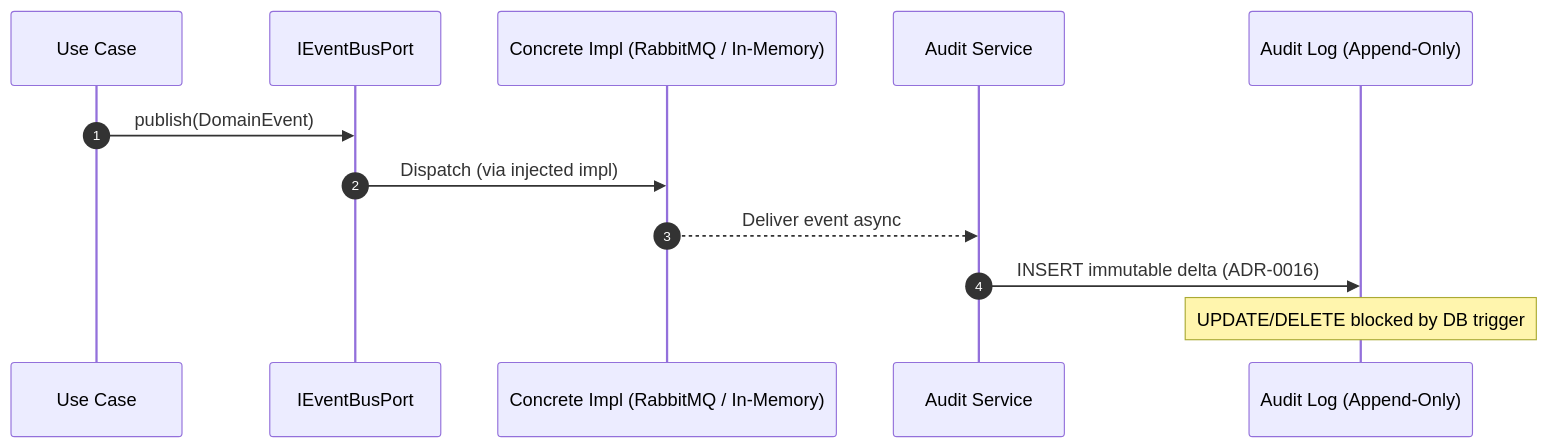
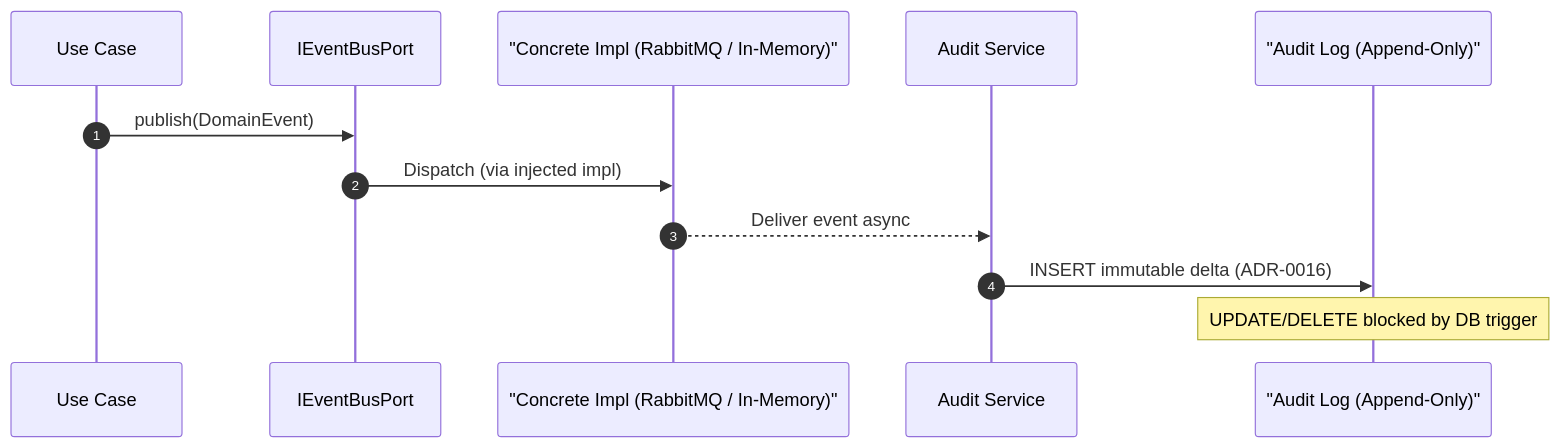
Before and after one commit to beyondnetcode/arc32_nodejs_progresive_monolith: the fourth of 6 diagrams in reference/architecture/blueprints/reference-blueprint.md, drawn with Mermaid. The commit also changed other lines of this file and 47 other files, not shown here.

Commit message:
docs: enforce markdown and diagram standards

````diff
--- a/reference/architecture/blueprints/reference-blueprint.md
+++ b/reference/architecture/blueprints/reference-blueprint.md
@@ -317,15 +317,15 @@
 ```mermaid
 sequenceDiagram
  autonumber
  participant UC as Use Case
  participant Port as IEventBusPort
- participant Bus as Concrete Impl (RabbitMQ / In-Memory)
+ participant Bus as "Concrete Impl (RabbitMQ / In-Memory)"
  participant AuditSvc as Audit Service
- participant AuditDB as Audit Log (Append-Only)
+ participant AuditDB as "Audit Log (Append-Only)"
 
  UC->>Port: publish(DomainEvent)
  Port->>Bus: Dispatch (via injected impl)
  Bus-->>AuditSvc: Deliver event async
  AuditSvc->>AuditDB: INSERT immutable delta (ADR-0016)
  Note over AuditDB: UPDATE/DELETE blocked by DB trigger
 ```
````
